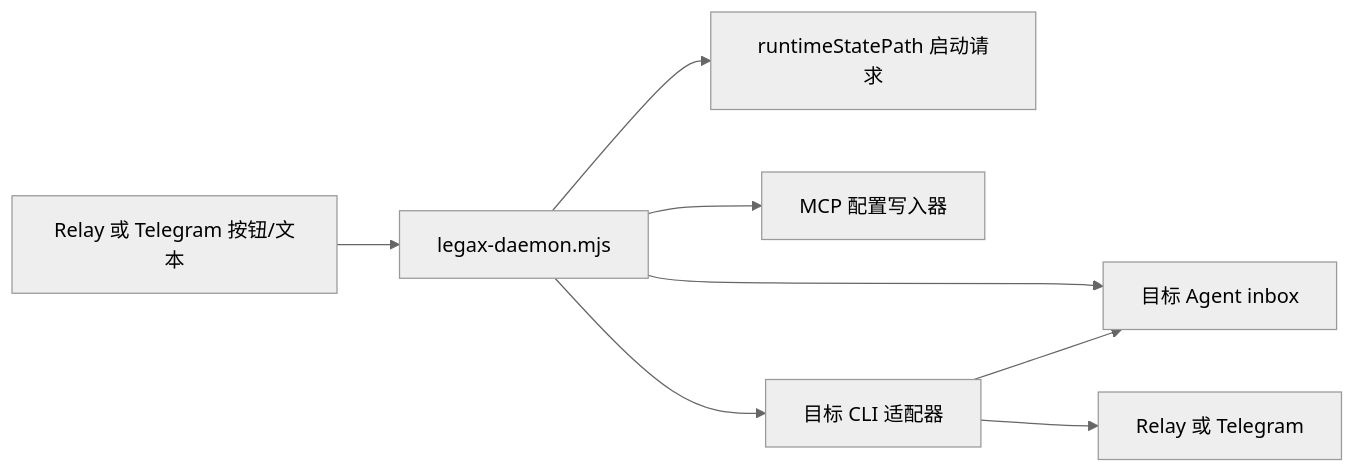
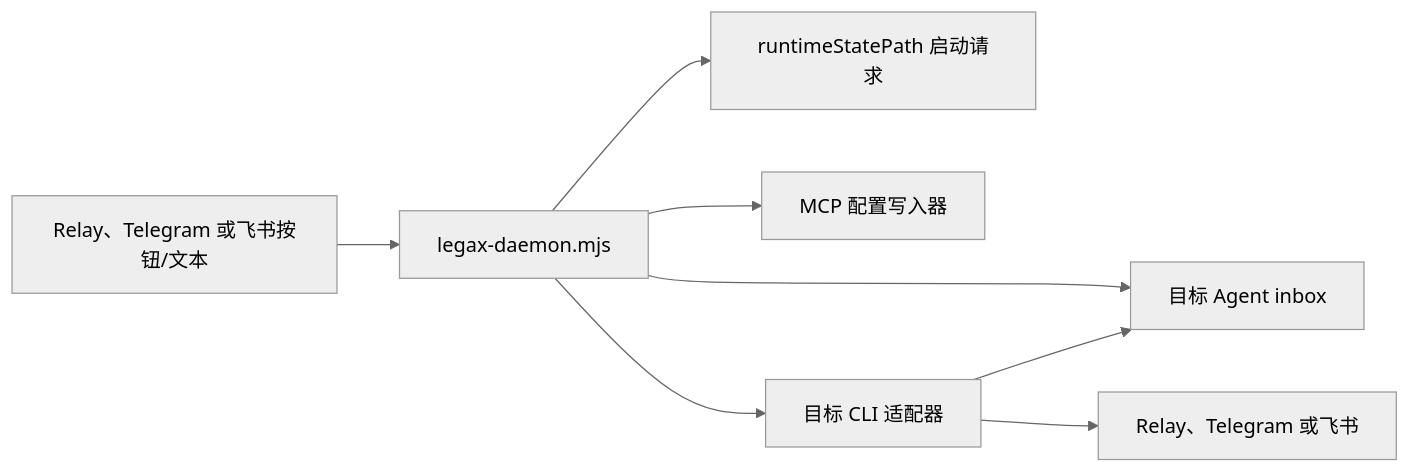
Before and after one commit to zhanex/legax: the sixth of 6 diagrams in docs/ARCHITECTURE.zh-CN.md, drawn with Mermaid (neutral theme). The commit also changed other lines of this file and 35 other files, not shown here.

````diff
--- a/docs/ARCHITECTURE.zh-CN.md
+++ b/docs/ARCHITECTURE.zh-CN.md
@@ -196,10 +199,10 @@
 ```mermaid
 flowchart LR
-  Remote["Relay 或 Telegram 按钮/文本"] --> Daemon["legax-daemon.mjs"]
+  Remote["Relay、Telegram 或飞书按钮/文本"] --> Daemon["legax-daemon.mjs"]
   Daemon --> State["runtimeStatePath 启动请求"]
   Daemon --> Inbox["目标 Agent inbox"]
   Daemon --> MCP["MCP 配置写入器"]
   Daemon --> Adapter["目标 CLI 适配器"]
   Adapter --> Inbox
-  Adapter --> Transport["Relay 或 Telegram"]
+  Adapter --> Transport["Relay、Telegram 或飞书"]
 ```
````
